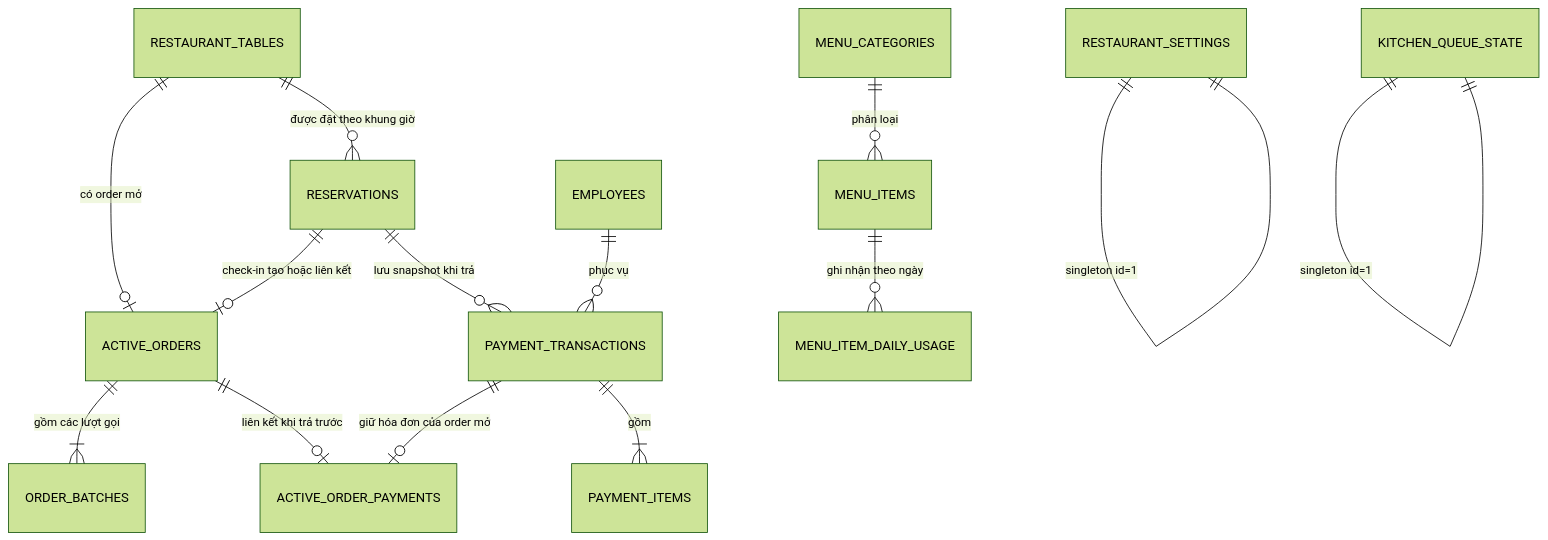
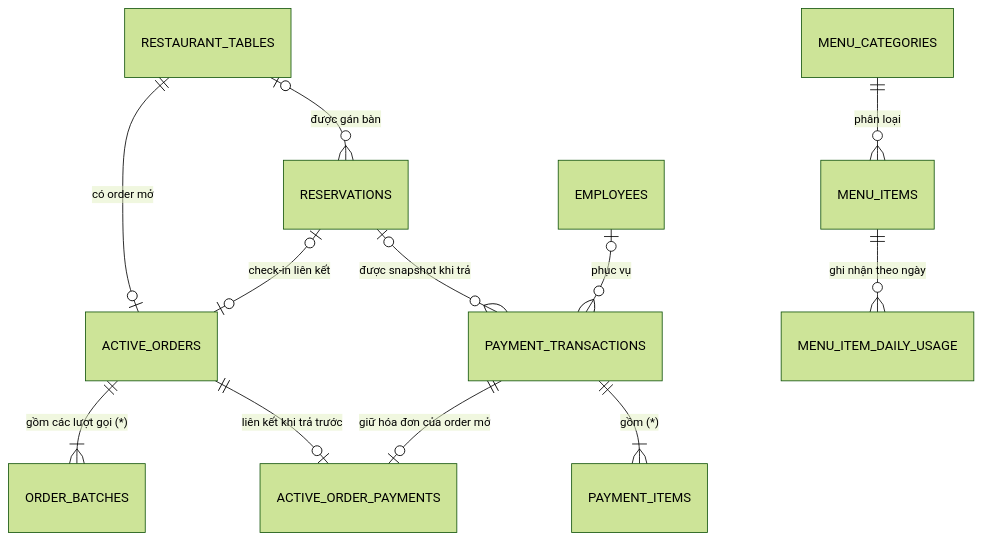
One commit to Bao0807/Restaurant_CASv2 changed the second of 2 diagrams in README.md. Above: the diagram before and after it, drawn with Mermaid (forest theme). The commit also changed other lines of this file and 1 other file, not shown here.

````diff
--- a/README.md
+++ b/README.md
@@ -282,16 +324,14 @@
 ```mermaid
 erDiagram
   RESTAURANT_TABLES ||--o| ACTIVE_ORDERS : "có order mở"
-  RESTAURANT_TABLES ||--o{ RESERVATIONS : "được đặt theo khung giờ"
-  RESERVATIONS ||--o| ACTIVE_ORDERS : "check-in tạo hoặc liên kết"
-  RESERVATIONS ||--o{ PAYMENT_TRANSACTIONS : "lưu snapshot khi trả"
-  ACTIVE_ORDERS ||--|{ ORDER_BATCHES : "gồm các lượt gọi"
+  RESTAURANT_TABLES o|--o{ RESERVATIONS : "được gán bàn"
+  RESERVATIONS o|--o| ACTIVE_ORDERS : "check-in liên kết"
+  RESERVATIONS o|--o{ PAYMENT_TRANSACTIONS : "được snapshot khi trả"
+  ACTIVE_ORDERS ||--|{ ORDER_BATCHES : "gồm các lượt gọi (*)"
   ACTIVE_ORDERS ||--o| ACTIVE_ORDER_PAYMENTS : "liên kết khi trả trước"
   PAYMENT_TRANSACTIONS ||--o| ACTIVE_ORDER_PAYMENTS : "giữ hóa đơn của order mở"
   MENU_CATEGORIES ||--o{ MENU_ITEMS : "phân loại"
   MENU_ITEMS ||--o{ MENU_ITEM_DAILY_USAGE : "ghi nhận theo ngày"
-  EMPLOYEES ||--o{ PAYMENT_TRANSACTIONS : "phục vụ"
-  PAYMENT_TRANSACTIONS ||--|{ PAYMENT_ITEMS : "gồm"
-  RESTAURANT_SETTINGS ||--|| RESTAURANT_SETTINGS : "singleton id=1"
-  KITCHEN_QUEUE_STATE ||--|| KITCHEN_QUEUE_STATE : "singleton id=1"
+  EMPLOYEES o|--o{ PAYMENT_TRANSACTIONS : "phục vụ"
+  PAYMENT_TRANSACTIONS ||--|{ PAYMENT_ITEMS : "gồm (*)"
 ```
````
